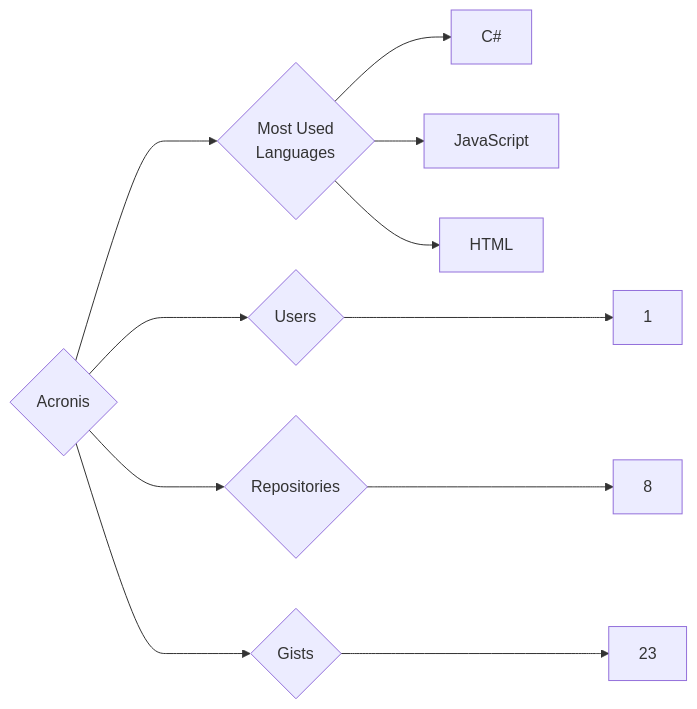
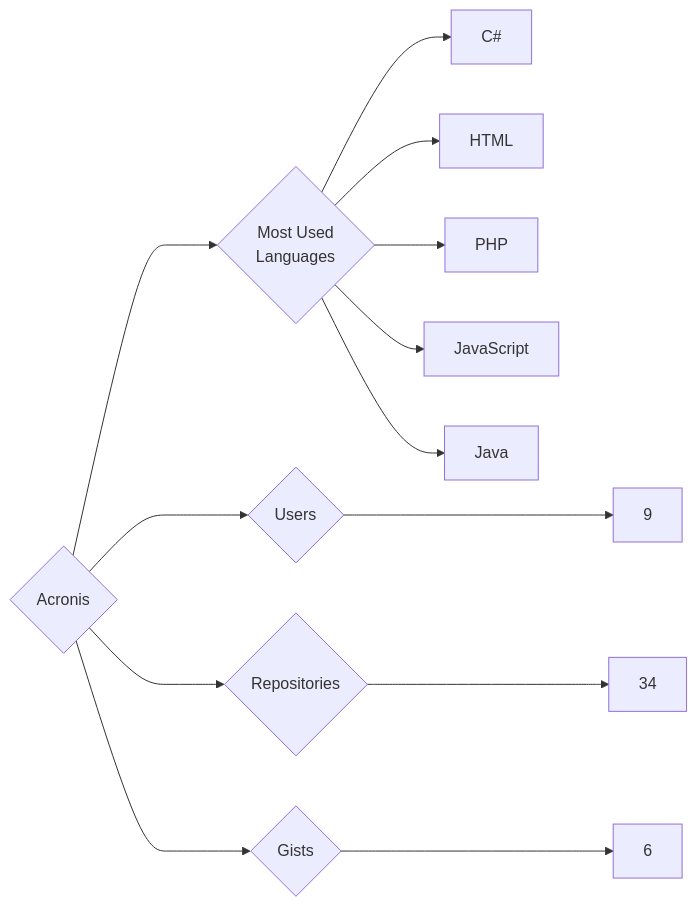
Before and after one commit to trickest/insiders: the diagram in targets/Acronis/README.md, drawn with Mermaid. The commit also changed 1314 other files, not shown here.

````diff
--- a/targets/Acronis/README.md
+++ b/targets/Acronis/README.md
@@ -3,11 +3,13 @@
 ```mermaid
 graph LR
 COMPANY_NAME{Acronis}
-COMPANY_NAME ---> U{Users} ---> UN[1]
-COMPANY_NAME ---> R{Repositories} ---> RN[8]
-COMPANY_NAME ---> G{Gists} ---> GN[23]
+COMPANY_NAME ---> U{Users} ---> UN[9]
+COMPANY_NAME ---> R{Repositories} ---> RN[34]
+COMPANY_NAME ---> G{Gists} ---> GN[6]
 COMPANY_NAME ---> ML{Most Used<br>Languages}
 ML --> C#[C#]
+ML --> HTML[HTML]
+ML --> PHP[PHP]
 ML --> JavaScript[JavaScript]
-ML --> HTML[HTML]
+ML --> Java[Java]
 ```
````
